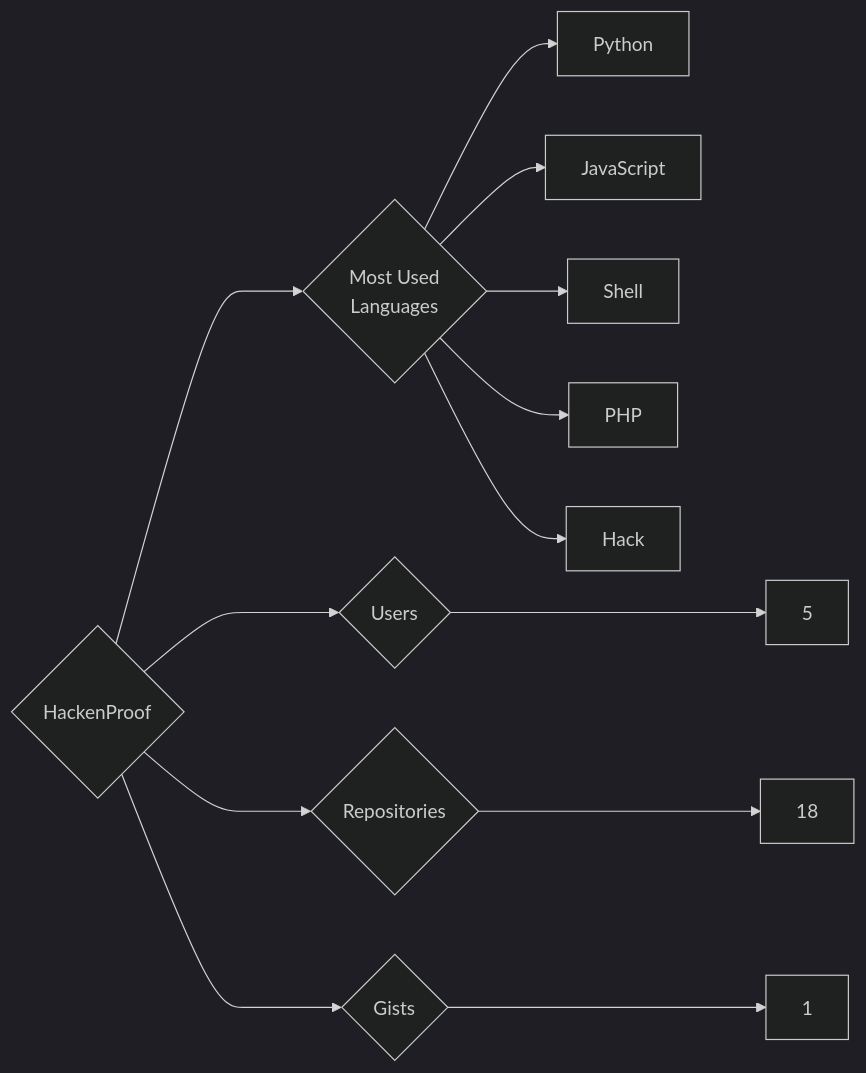
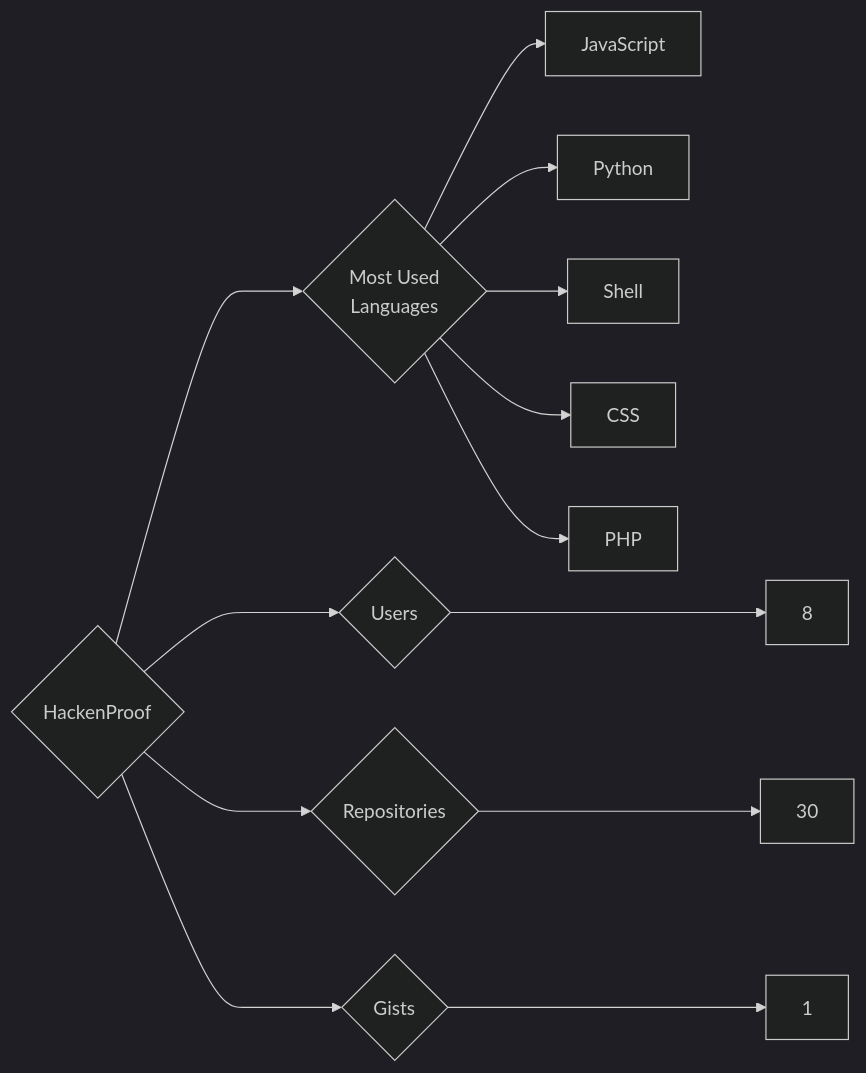
The diagram in targets/HackenProof/README.md (trickest/insiders), drawn with Mermaid (dark theme) before and after one commit. The commit also changed 1166 other files, not shown here.

````diff
--- a/targets/HackenProof/README.md
+++ b/targets/HackenProof/README.md
@@ -3,13 +3,13 @@
 ```mermaid
 graph LR
 COMPANY_NAME{HackenProof}
-COMPANY_NAME ---> U{Users} ---> UN[5]
-COMPANY_NAME ---> R{Repositories} ---> RN[18]
+COMPANY_NAME ---> U{Users} ---> UN[8]
+COMPANY_NAME ---> R{Repositories} ---> RN[30]
 COMPANY_NAME ---> G{Gists} ---> GN[1]
 COMPANY_NAME ---> ML{Most Used<br>Languages}
+ML --> JavaScript[JavaScript]
 ML --> Python[Python]
-ML --> JavaScript[JavaScript]
 ML --> Shell[Shell]
+ML --> CSS[CSS]
 ML --> PHP[PHP]
-ML --> Hack[Hack]
 ```
````
